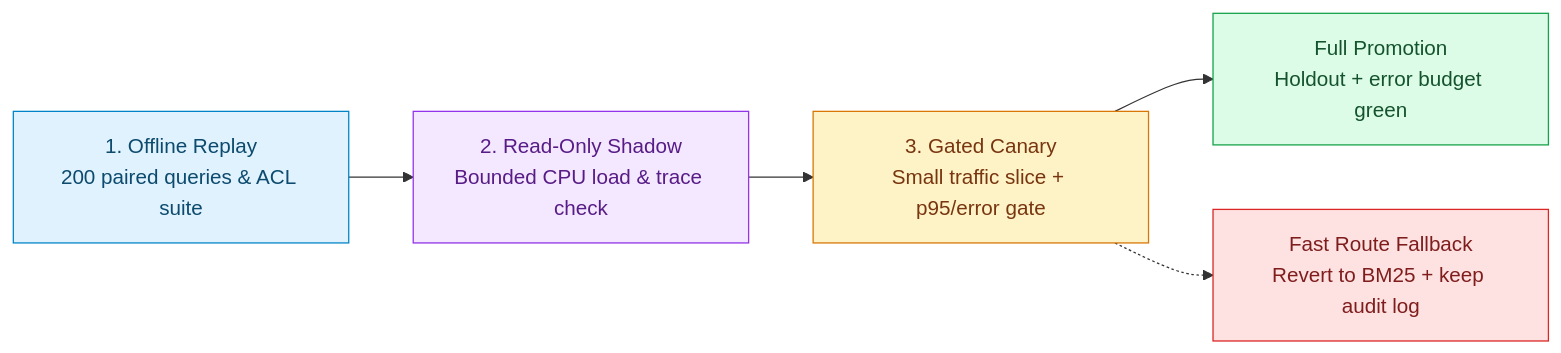
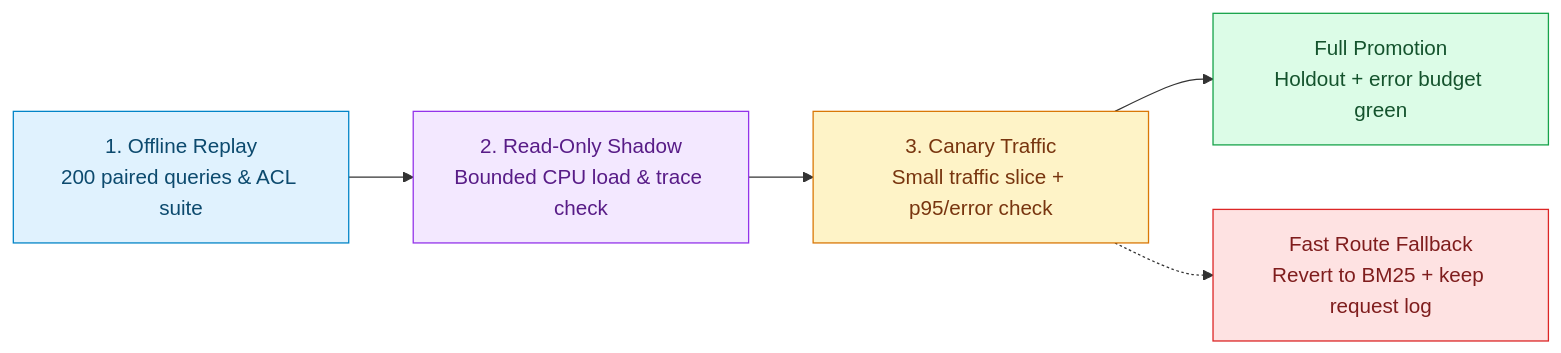
The diagram in web/src/content/interviewing/ai-lab-technical-presentation/content.md (bvolpato/leetllm), drawn with Mermaid before and after one commit. The commit also changed other lines of this file and 23 other files, not shown here.

````diff
--- a/web/src/content/interviewing/ai-lab-technical-presentation/content.md
+++ b/web/src/content/interviewing/ai-lab-technical-presentation/content.md
@@ -218,13 +211,13 @@
 ```mermaid
 flowchart LR
     Replay["1. Offline Replay<br/>200 paired queries & ACL suite"]:::primary --> Shadow["2. Read-Only Shadow<br/>Bounded CPU load & trace check"]:::secondary
-    Shadow --> Canary["3. Gated Canary<br/>Small traffic slice + p95/error gate"]:::accent
+    Shadow --> Canary["3. Canary Traffic<br/>Small traffic slice + p95/error check"]:::accent
     Canary --> Promote["Full Promotion<br/>Holdout + error budget green"]:::success
-    Canary -.-> Rollback["Fast Route Fallback<br/>Revert to BM25 + keep audit log"]:::warning
+    Canary -.-> Fallback["Fast Route Fallback<br/>Revert to BM25 + keep request log"]:::warning
 
     classDef primary fill:#e0f2fe,stroke:#0284c7,color:#0c4a6e
     classDef secondary fill:#f3e8ff,stroke:#9333ea,color:#581c87
     classDef accent fill:#fef3c7,stroke:#d97706,color:#78350f
     classDef success fill:#dcfce7,stroke:#16a34a,color:#14532d
     classDef warning fill:#fee2e2,stroke:#dc2626,color:#7f1d1d
 ```
````
